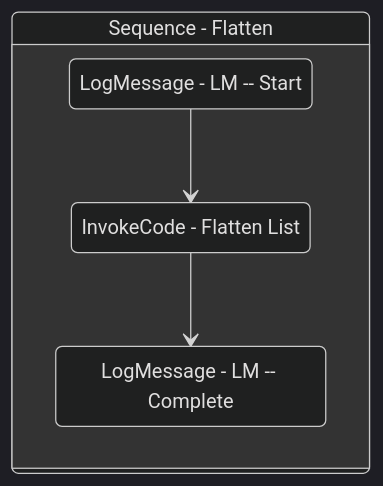
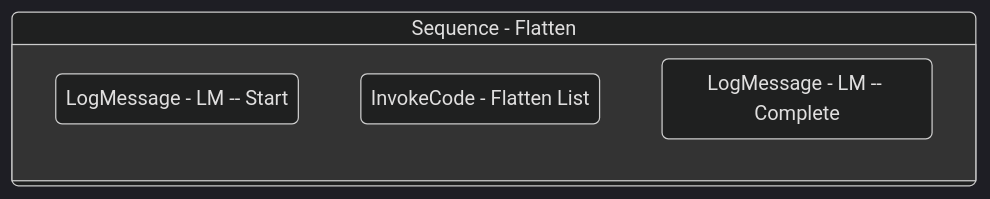
The diagram in Documentation/.templates/Reporters/Basic/Logic/Flatten.md (yashbrahmbhatt/LazyFramework), drawn with Mermaid (dark theme) before and after one commit. The commit also changed 72 other files, not shown here.

````diff
--- a/Documentation/.templates/Reporters/Basic/Logic/Flatten.md
+++ b/Documentation/.templates/Reporters/Basic/Logic/Flatten.md
@@ -144,14 +144,12 @@
 ```mermaid
 stateDiagram-v2
 
 
 Sequence_1: Sequence - Flatten
 state Sequence_1 {
 direction TB
 LogMessage_1 : LogMessage - LM -- Start
 InvokeCode_3 : InvokeCode - Flatten List
-LogMessage_1 --> InvokeCode_3
 LogMessage_2 : LogMessage - LM -- Complete
-InvokeCode_3 --> LogMessage_2
 }
 ```
````
